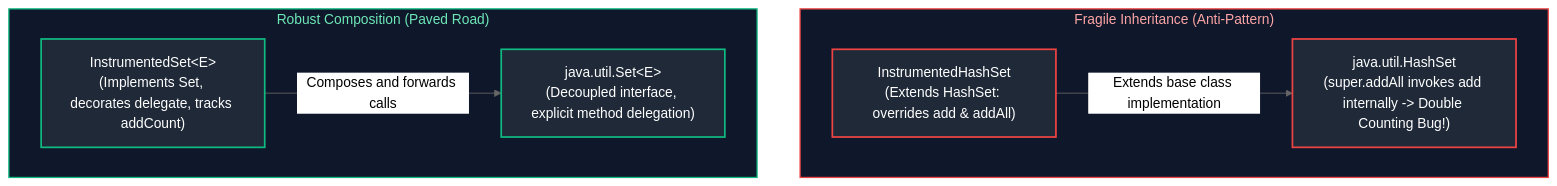
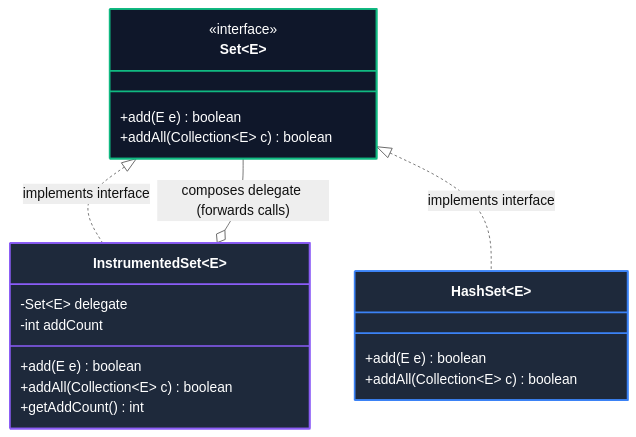
Before and after one commit to joydeep-biswas/Interview-Preparation: the sixth of 22 diagrams in Java Backend Engineering/06_design_patterns_solid_software_architecture.md, drawn with Mermaid (neutral theme). The commit also changed other lines of this file and 76 other files, not shown here.

Commit message:
Updated Charts

````diff
--- a/Java Backend Engineering/06_design_patterns_solid_software_architecture.md
+++ b/Java Backend Engineering/06_design_patterns_solid_software_architecture.md
@@ -412,22 +471,28 @@
 ```mermaid
-flowchart TD
-    subgraph FragileInheritance ["Fragile Inheritance (Anti-Pattern)"]
-        SubclassNode["InstrumentedHashSet<br/>(Extends HashSet: overrides add & addAll)"]
-        BaseClassNode["java.util.HashSet<br/>(super.addAll invokes add internally -> Double Counting Bug!)"]
-        SubclassNode -->|"Extends base class implementation"| BaseClassNode
-    end
+classDiagram
+    direction TB
+    class Set~E~ {
+        <<interface>>
+        +add(E e) boolean
+        +addAll(Collection~E~ c) boolean
+    }
+    class InstrumentedSet~E~ {
+        -Set~E~ delegate
+        -int addCount
+        +add(E e) boolean
+        +addAll(Collection~E~ c) boolean
+        +getAddCount() int
+    }
+    class HashSet~E~ {
+        +add(E e) boolean
+        +addAll(Collection~E~ c) boolean
+    }
 
-    subgraph RobustComposition ["Robust Composition (Paved Road)"]
-        DecoratorNode["InstrumentedSet&lt;E&gt;<br/>(Implements Set, decorates delegate, tracks addCount)"]
-        InterfaceNode["java.util.Set&lt;E&gt;<br/>(Decoupled interface, explicit method delegation)"]
-        DecoratorNode -->|"Composes and forwards calls"| InterfaceNode
-    end
+    Set <|.. InstrumentedSet : implements interface
+    InstrumentedSet o-- Set : composes delegate (forwards calls)
+    Set <|.. HashSet : implements interface
 
-    style FragileInheritance fill:#0f172a,stroke:#ef4444,stroke-width:1.5px,color:#fca5a5
-    style RobustComposition fill:#0f172a,stroke:#10b981,stroke-width:1.5px,color:#6ee7b7
-
-    style SubclassNode fill:#1f2937,stroke:#ef4444,stroke-width:2px,color:#fff
-    style BaseClassNode fill:#1f2937,stroke:#ef4444,stroke-width:2px,color:#fff
-    style DecoratorNode fill:#1f2937,stroke:#10b981,stroke-width:2px,color:#fff
-    style InterfaceNode fill:#1f2937,stroke:#10b981,stroke-width:2px,color:#fff
+    style Set fill:#0f172a,stroke:#10b981,stroke-width:2px,color:#ffffff
+    style InstrumentedSet fill:#1e293b,stroke:#8b5cf6,stroke-width:2px,color:#ffffff
+    style HashSet fill:#1e293b,stroke:#3b82f6,stroke-width:2px,color:#ffffff
 ```
````
